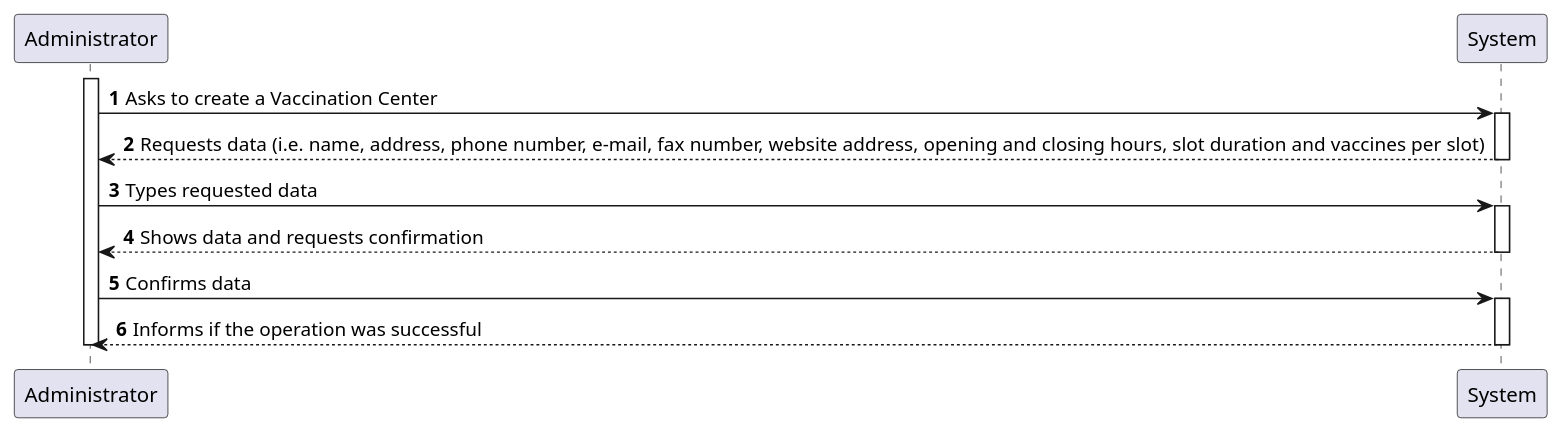
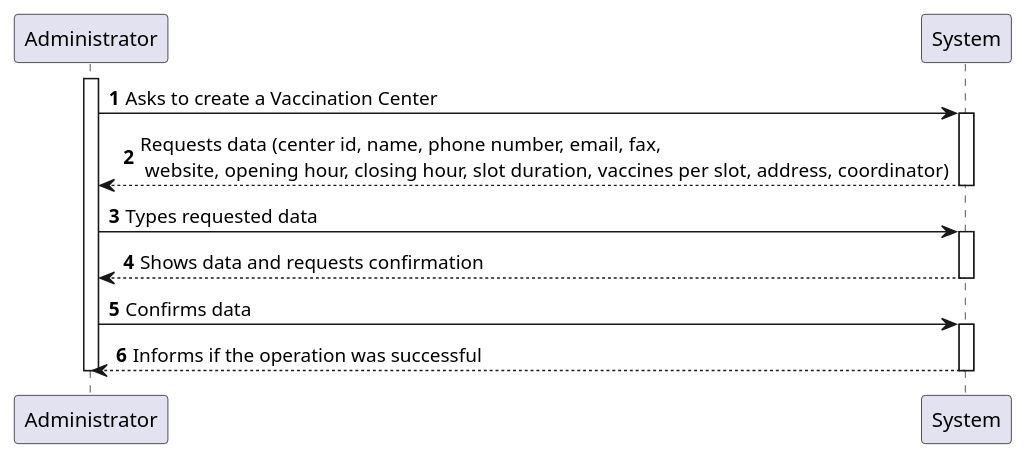
Before and after one commit to Pirussa/lei-22-s2-1da-g02: the diagram in docs/SprintB/US009/US009_SSD.puml, drawn with PlantUML. The commit also changed 13 other files, not shown here.

Commit message:
US09 - Updating Controller, UI, Model and pretty much every single diagram

```diff
--- a/docs/SprintB/US009/US009_SSD.puml
+++ b/docs/SprintB/US009/US009_SSD.puml
@@ -1,26 +1,26 @@
 @startuml
 'https://plantuml.com/sequence-diagram
 
 autonumber
 
 autonumber
 
 activate Administrator
 
 Administrator -> System: Asks to create a Vaccination Center
 activate System
-Administrator <-- System: Requests data (i.e. name, address, phone number, e-mail, fax number, website address, opening and closing hours, slot duration and vaccines per slot)
+Administrator <-- System: Requests data (center id, name, phone number, email, fax,\n website, opening hour, closing hour, slot duration, vaccines per slot, address, coordinator)
 deactivate System
 
 Administrator -> System: Types requested data
 activate System
 Administrator <-- System: Shows data and requests confirmation
 deactivate System
 
 Administrator -> System: Confirms data
 activate System
 Administrator <-- System: Informs if the operation was successful
 deactivate System
 
 deactivate Administrator
 @enduml
```
